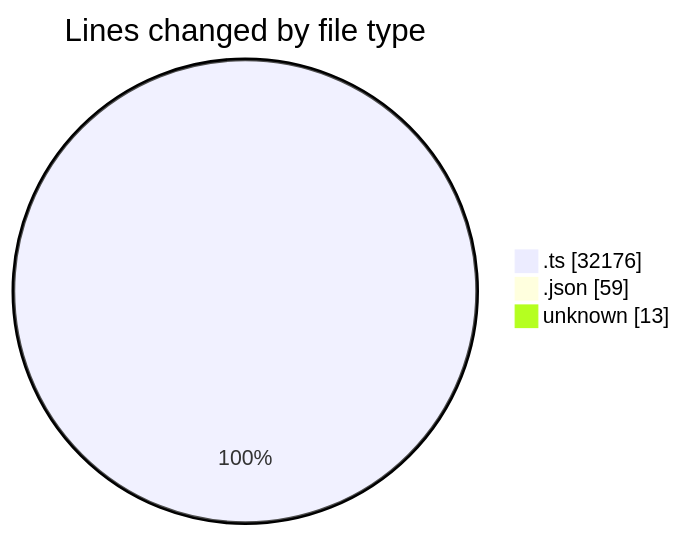
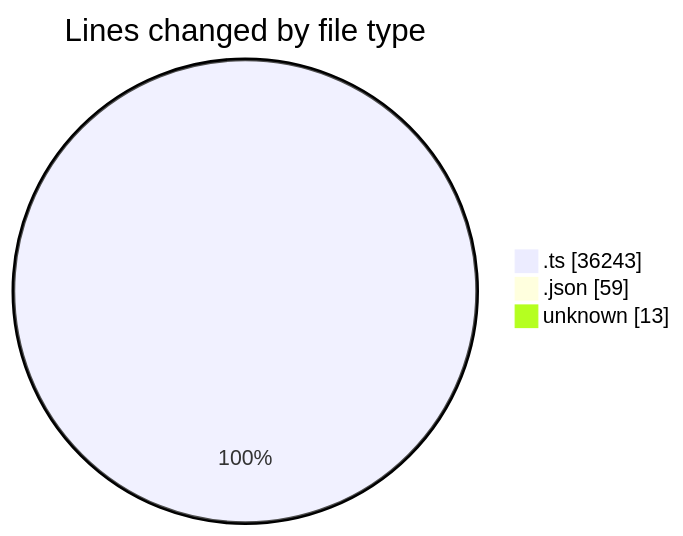
Before and after one commit to momahboobian/code-tracking: the first of 2 diagrams in 2025-09-09/cda/README.md, drawn with Mermaid. The commit also changed other lines of this file and 1 other file, not shown here.

````diff
--- a/2025-09-09/cda/README.md
+++ b/2025-09-09/cda/README.md
@@ -102,7 +114,7 @@
 ```mermaid
 pie showData
 title Lines changed by file type
-".ts" : 32176
+".ts" : 36243
 ".json" : 59
 "unknown" : 13
 ```
````
